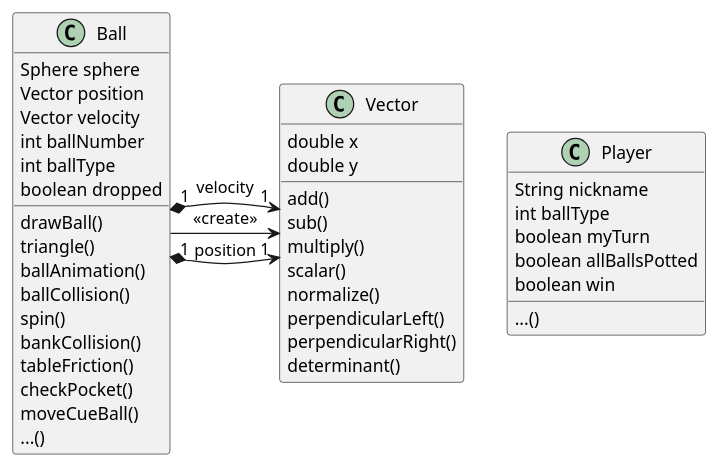
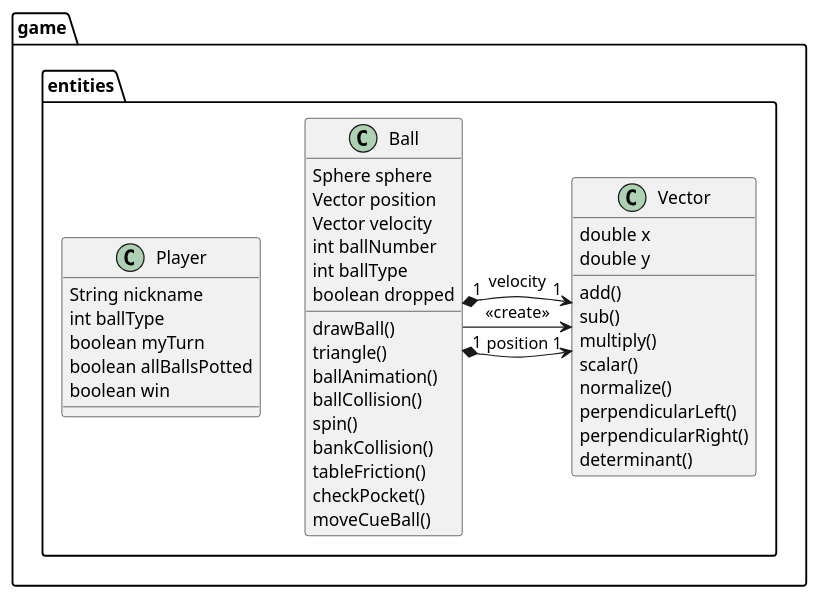
The diagram in doc/entities.plantuml (RiccardoN001/JPool), drawn with PlantUML before and after one commit. The commit also changed 5 other files, not shown here.

Commit message:
plantuml to png (added to thesis)

```diff
--- a/doc/entities.plantuml
+++ b/doc/entities.plantuml
@@ -1,48 +1,50 @@
 @startuml entities
 
-class Vector {
-  double x
-  double y
-  add()
-  sub()
-  multiply()
-  scalar()
-  normalize()
-  perpendicularLeft()
-  perpendicularRight()
-  determinant()
+package game.entities {
+
+  class Vector {
+    double x
+    double y
+    add()
+    sub()
+    multiply()
+    scalar()
+    normalize()
+    perpendicularLeft()
+    perpendicularRight()
+    determinant()
+  }
+
+  class Ball {
+    Sphere sphere
+    Vector position
+    Vector velocity
+    int ballNumber
+    int ballType
+    boolean dropped
+    drawBall()
+    triangle()
+    ballAnimation()
+    ballCollision()
+    spin()
+    bankCollision()
+    tableFriction()
+    checkPocket()
+    moveCueBall()
+  }
+
+  class Player {
+    String nickname
+    int ballType
+    boolean myTurn
+    boolean allBallsPotted
+    boolean win
+  }
+
+  Ball -> Vector: <<create>>
+  Ball "1" *-> "1" Vector: position
+  Ball "1" *-> "1" Vector: velocity
+
 }
 
-class Ball {
-  Sphere sphere
-  Vector position
-  Vector velocity
-  int ballNumber
-  int ballType
-  boolean dropped
-  drawBall()
-  triangle()
-  ballAnimation()
-  ballCollision()
-  spin()
-  bankCollision()
-  tableFriction()
-  checkPocket()
-  moveCueBall()
-  ...()
-}
-
-class Player {
-  String nickname
-  int ballType
-  boolean myTurn
-  boolean allBallsPotted
-  boolean win
-  ...()
-}
-
-Ball --> Vector: <<create>>
-Ball "1" *-> "1" Vector: position
-Ball "1" *-> "1" Vector: velocity
-
 @enduml
```
